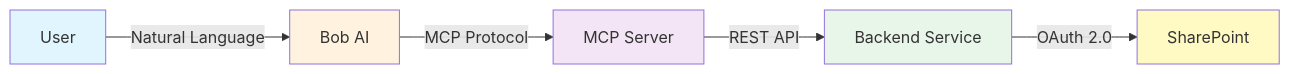
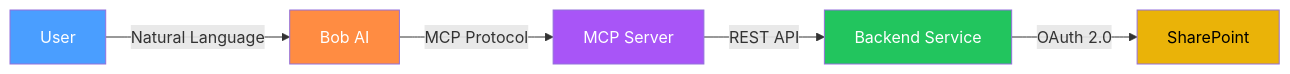
One commit to sKumaraguru/apptio-bobathon-2026-finbob-mcp-server changed the first of 6 diagrams in README.md. Above: the diagram before and after it, drawn with Mermaid. The commit also changed other lines of this file, not shown here.

Commit message:
docs: Update color scheme of the diagrams in README

````diff
--- a/README.md
+++ b/README.md
@@ -13,13 +13,13 @@
 ```mermaid
 graph LR
     A[User] -->|Natural Language| B[Bob AI]
     B -->|MCP Protocol| C[MCP Server]
     C -->|REST API| D[Backend Service]
     D -->|OAuth 2.0| E[SharePoint]
 
-    style A fill:#e1f5ff
-    style B fill:#fff3e0
-    style C fill:#f3e5f5
-    style D fill:#e8f5e9
-    style E fill:#fff9c4
+    style A fill:#4a9eff,color:#fff
+    style B fill:#ff8c42,color:#fff
+    style C fill:#a855f7,color:#fff
+    style D fill:#22c55e,color:#fff
+    style E fill:#eab308,color:#000
 ```
````
